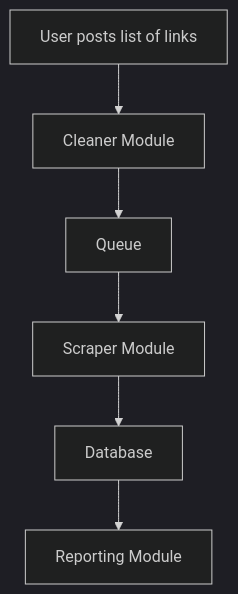
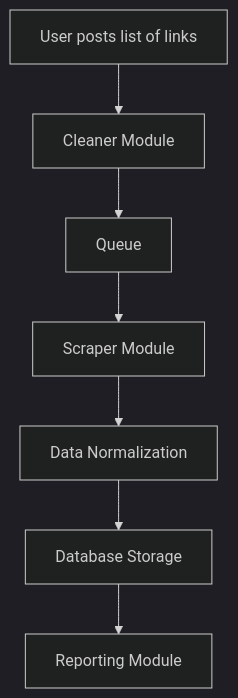
The diagram in README.md (TobiaszWojnar/job_analysis), drawn with Mermaid (dark theme) before and after one commit. The commit also changed other lines of this file, not shown here.

````diff
--- a/README.md
+++ b/README.md
@@ -15,8 +16,9 @@
 ```mermaid
 flowchart TD
     A[User posts list of links] --> B[Cleaner Module]
     B --> C[Queue]
     C --> D[Scraper Module]
-    D --> E[Database]
-    E --> F[Reporting Module]
+    D --> E[Data Normalization]
+    E --> F[Database Storage]
+    F --> G[Reporting Module]
 ```
````
